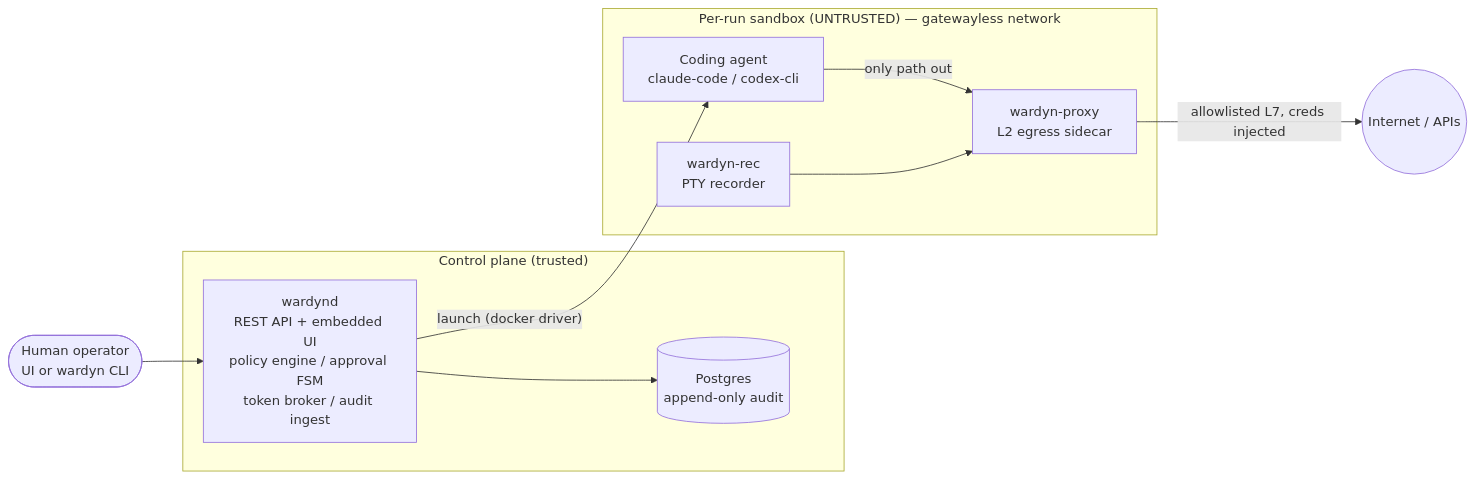
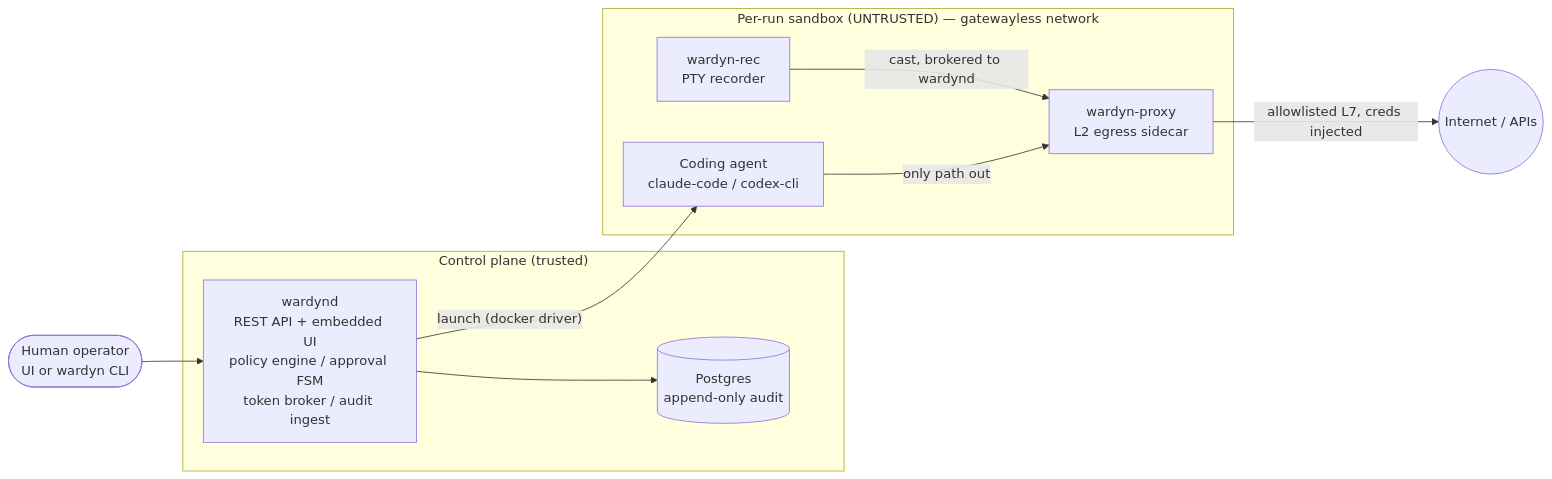
The first of 3 diagrams in ARCHITECTURE.md (cjohnstoniv/wardyn), drawn with Mermaid before and after one commit. The commit also changed other lines of this file and 36 other files, not shown here.

````diff
--- a/ARCHITECTURE.md
+++ b/ARCHITECTURE.md
@@ -33,18 +33,20 @@
 ```mermaid
 flowchart LR
   entry(["Human operator<br/>UI or wardyn CLI"])
   subgraph control["Control plane (trusted)"]
     wardynd["wardynd<br/>REST API + embedded UI<br/>policy engine / approval FSM<br/>token broker / audit ingest"]
     pg[("Postgres<br/>append-only audit")]
     wardynd --> pg
   end
   subgraph sandbox["Per-run sandbox (UNTRUSTED) — gatewayless network"]
+    %% rec is declared first on purpose: with agent first, dagre ranks rec
+    %% between wardynd and agent and routes the launch edge through its box.
+    rec["wardyn-rec<br/>PTY recorder"]
     agent["Coding agent<br/>claude-code / codex-cli"]
-    rec["wardyn-rec<br/>PTY recorder"]
-    agent -->|"only path out"| proxy["wardyn-proxy<br/>L2 egress sidecar"]
-    rec --> proxy
+    rec -->|"cast, brokered to wardynd"| proxy["wardyn-proxy<br/>L2 egress sidecar"]
+    agent -->|"only path out"| proxy
   end
   entry --> wardynd
   wardynd -->|"launch (docker driver)"| agent
   proxy -->|"allowlisted L7, creds injected"| net(("Internet / APIs"))
 ```
````
